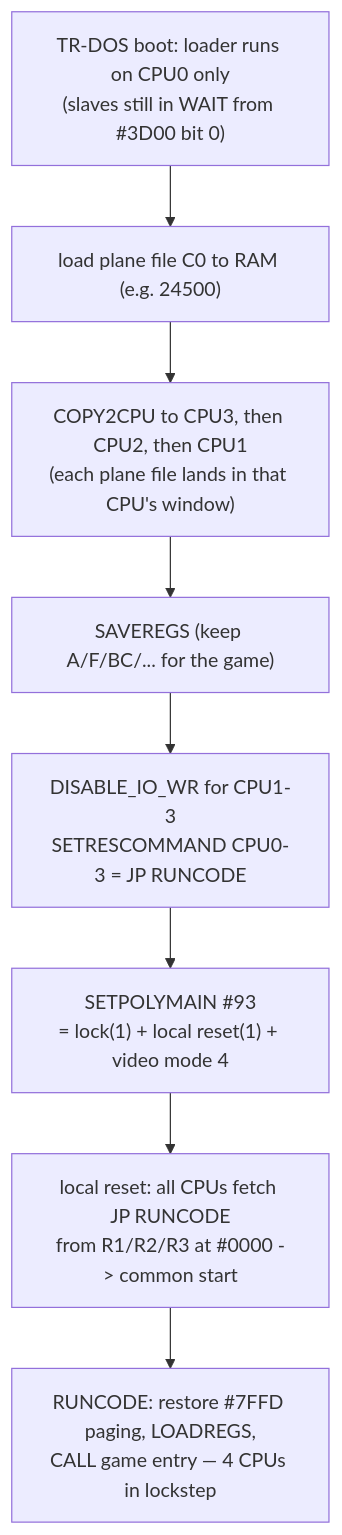
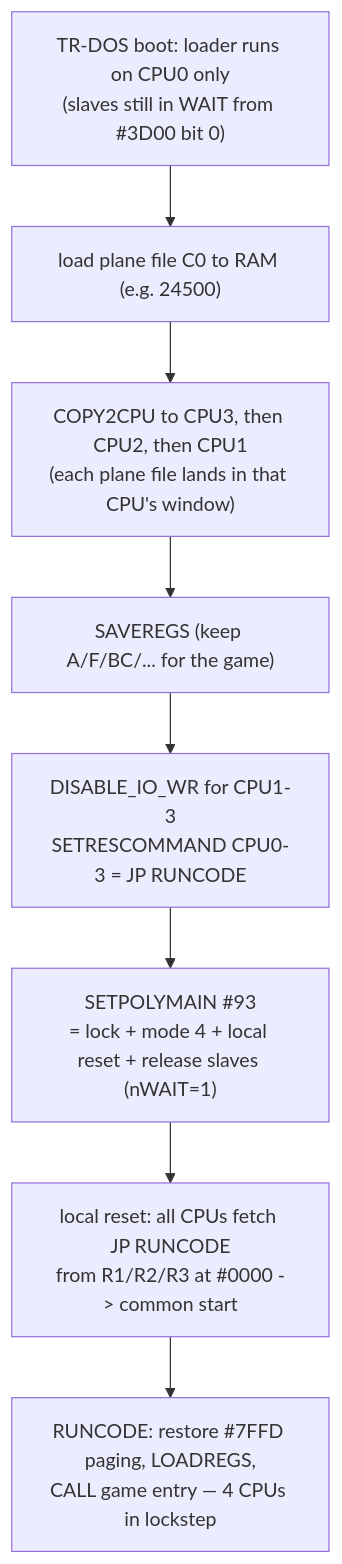
Before and after one commit to alfishe/unreal-ng: the first of 2 diagrams in docs/inprogress/2026-09-27-zxpoly/zxpoly-adaptation-pipeline.md, drawn with Mermaid. The commit also changed other lines of this file and 16 other files, not shown here.

````diff
--- a/docs/inprogress/2026-09-27-zxpoly/zxpoly-adaptation-pipeline.md
+++ b/docs/inprogress/2026-09-27-zxpoly/zxpoly-adaptation-pipeline.md
@@ -81,11 +86,11 @@
 ```mermaid
 flowchart TD
   A["TR-DOS boot: loader runs on CPU0 only<br/>(slaves still in WAIT from #3D00 bit 0)"]
   A --> B["load plane file C0 to RAM (e.g. 24500)"]
   B --> C["COPY2CPU to CPU3, then CPU2, then CPU1<br/>(each plane file lands in that CPU's window)"]
   C --> D["SAVEREGS (keep A/F/BC/... for the game)"]
   D --> E["DISABLE_IO_WR for CPU1-3<br/>SETRESCOMMAND CPU0-3 = JP RUNCODE"]
-  E --> F["SETPOLYMAIN #93<br/>= lock(1) + local reset(1) + video mode 4"]
+  E --> F["SETPOLYMAIN #93<br/>= lock + mode 4 + local reset + release slaves (nWAIT=1)"]
   F --> G["local reset: all CPUs fetch JP RUNCODE<br/>from R1/R2/R3 at #0000 -> common start"]
   G --> H["RUNCODE: restore #7FFD paging, LOADREGS,<br/>CALL game entry — 4 CPUs in lockstep"]
 ```
````
